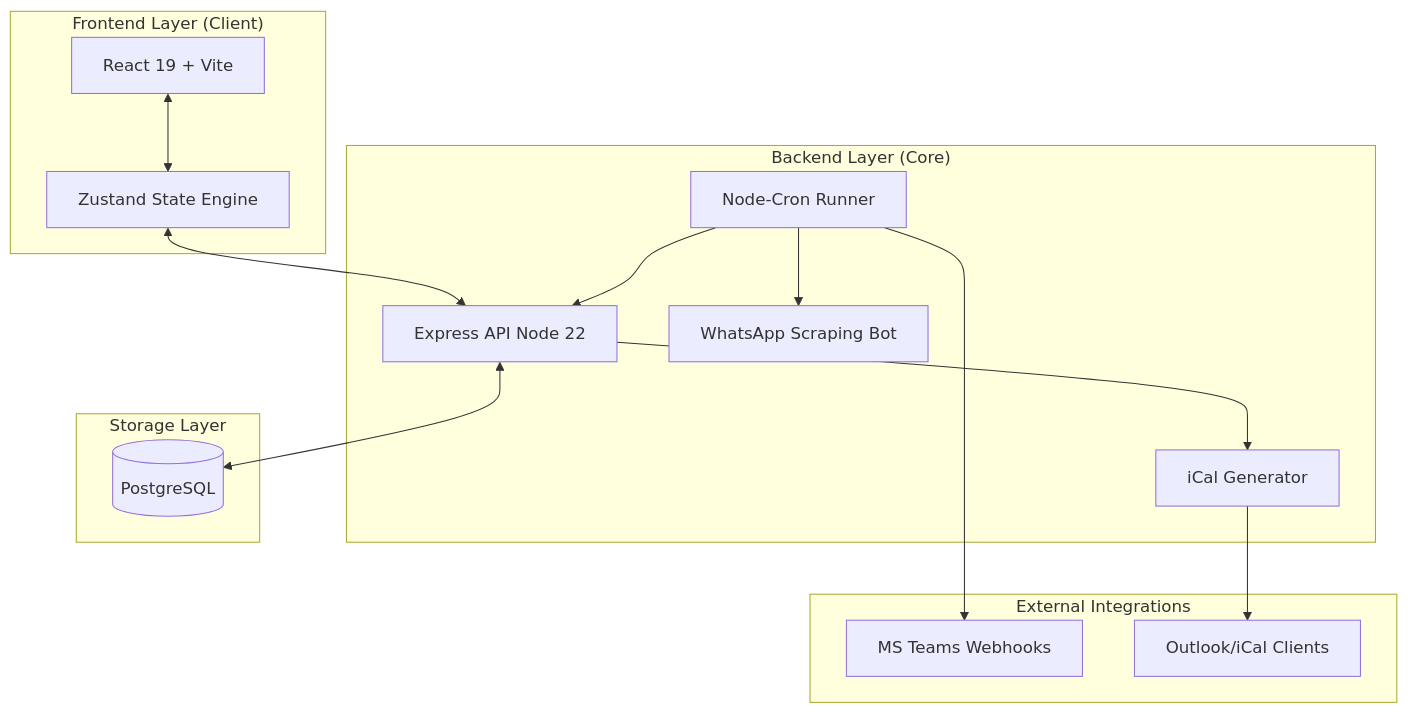
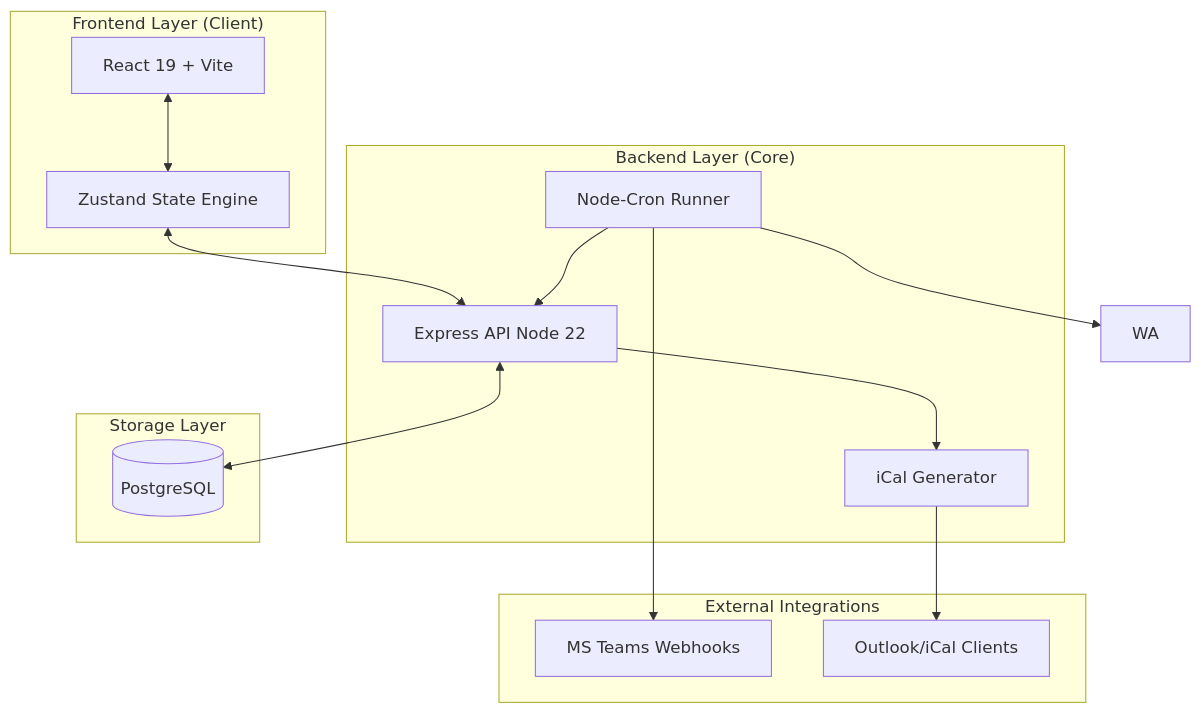
Before and after one commit to puyi27/CALENDAR: the diagram in README.md, drawn with Mermaid. The commit also changed other lines of this file, not shown here.

````diff
--- a/README.md
+++ b/README.md
@@ -46,32 +46,32 @@
 ```mermaid
 graph TD
     subgraph "Frontend Layer (Client)"
         UI[React 19 + Vite]
         Store[Zustand State Engine]
     end
 
     subgraph "Backend Layer (Core)"
         API[Express API Node 22]
         Cron[Node-Cron Runner]
         ICal[iCal Generator]
-        WA[WhatsApp Scraping Bot]
+        
     end
 
     subgraph "Storage Layer"
         DB[(PostgreSQL)]
     end
 
     subgraph "External Integrations"
         Teams[MS Teams Webhooks]
         Outlook[Outlook/iCal Clients]
     end
 
     UI <--> Store
     Store <--> API
     API <--> DB
     Cron --> API
     Cron --> Teams
     Cron --> WA
     API --> ICal
     ICal --> Outlook
 ```
````
